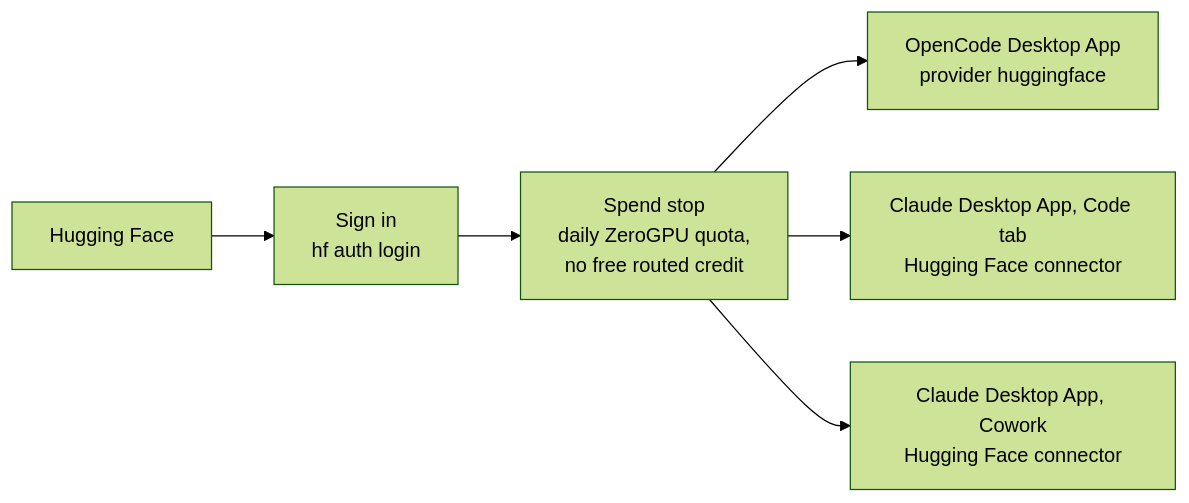
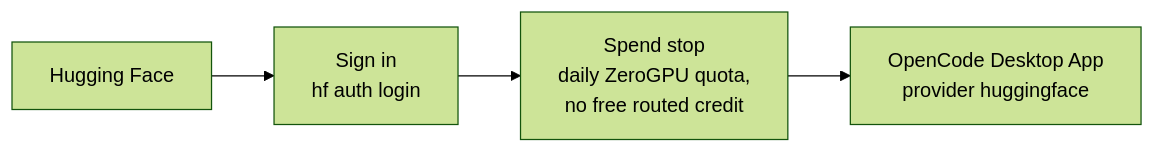
One commit to SoulCraft-Org/compute-crafter changed the diagram in guides/hugging-face.md. Above: the diagram before and after it, drawn with Mermaid (forest theme). The commit also changed other lines of this file and 63 other files, not shown here.

````diff
--- a/guides/hugging-face.md
+++ b/guides/hugging-face.md
@@ -5,7 +5,5 @@
 ```mermaid
 flowchart LR
   P[Hugging Face] --> S[Sign in<br/>hf auth login] --> G[Spend stop<br/>daily ZeroGPU quota,<br/>no free routed credit]
   G --> O[OpenCode Desktop App<br/>provider huggingface]
-  G --> C[Claude Desktop App, Code tab<br/>Hugging Face connector]
-  G --> W[Claude Desktop App, Cowork<br/>Hugging Face connector]
 ```
````
